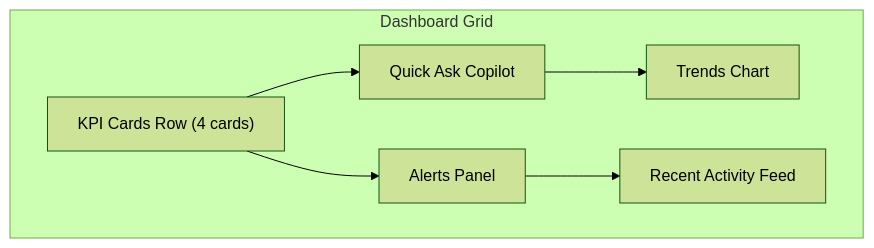
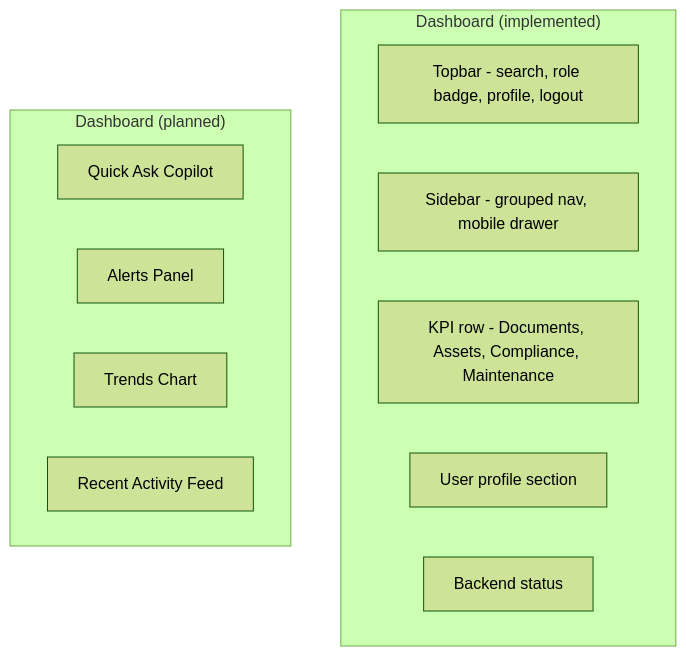
One commit to pratapVansh/TRACE changed the fourth of 11 diagrams in docs/07_UI_UX_DESIGN.md. Above: the diagram before and after it, drawn with Mermaid (forest theme). The commit also changed other lines of this file and 40 other files, not shown here.

````diff
--- a/docs/07_UI_UX_DESIGN.md
+++ b/docs/07_UI_UX_DESIGN.md
@@ -145,14 +205,16 @@
 ```mermaid
 flowchart TB
-    subgraph Grid["Dashboard Grid"]
-        Row1["KPI Cards Row (4 cards)"]
+    subgraph Implemented["Dashboard (implemented)"]
+        Topbar["Topbar - search, role badge, profile, logout"]
+        Sidebar["Sidebar - grouped nav, mobile drawer"]
+        KPI["KPI row - Documents, Assets, Compliance, Maintenance"]
+        Profile["User profile section"]
+        Status["Backend status"]
+    end
+    subgraph Planned["Dashboard (planned)"]
         Row2L["Quick Ask Copilot"]
         Row2R["Alerts Panel"]
         Row3L["Trends Chart"]
         Row3R["Recent Activity Feed"]
     end
-    Row1 --> Row2L
-    Row1 --> Row2R
-    Row2L --> Row3L
-    Row2R --> Row3R
 ```
````
